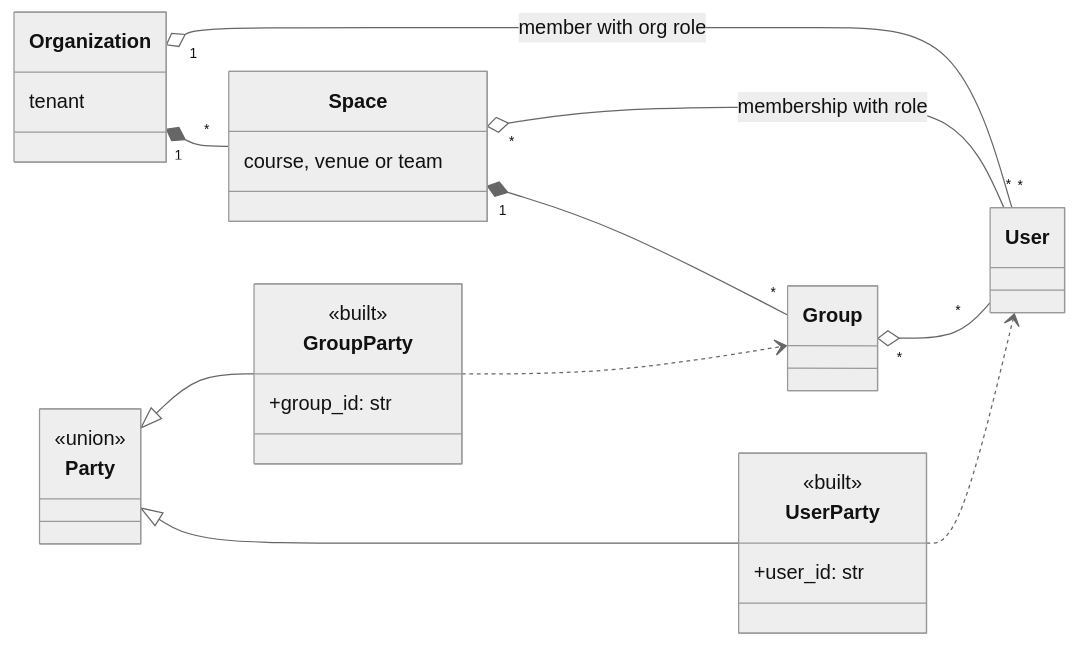
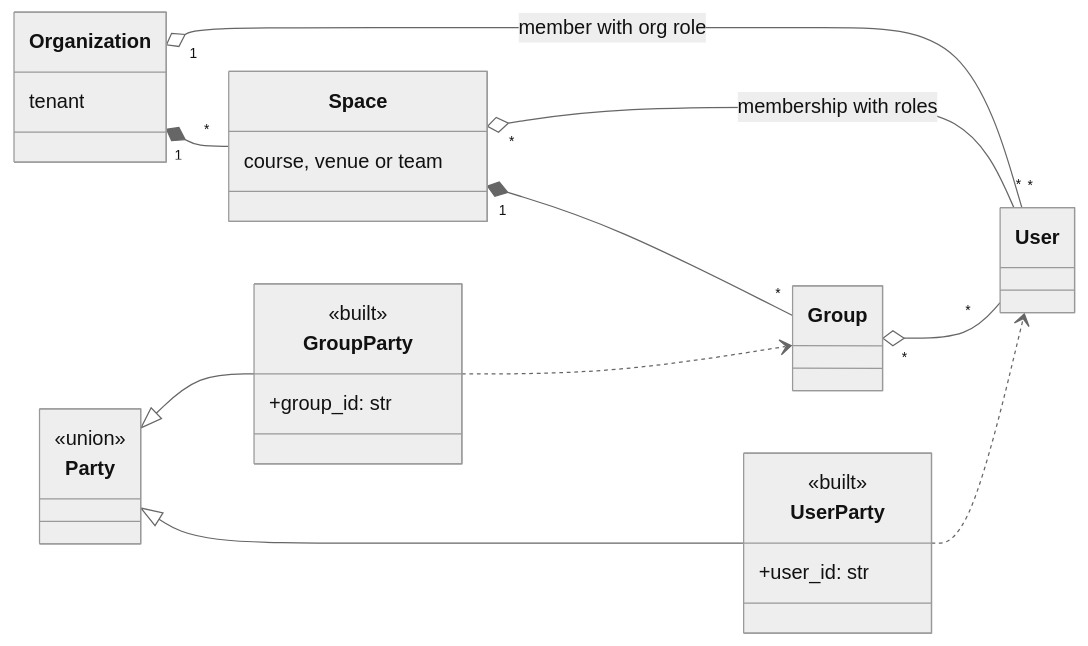
One commit to jaateixeira/prreview.it changed the first of 2 diagrams in docs/uml/domain-model.md. Above: the diagram before and after it, drawn with Mermaid (neutral theme). The commit also changed other lines of this file and 7 other files, not shown here.

````diff
--- a/docs/uml/domain-model.md
+++ b/docs/uml/domain-model.md
@@ -7,32 +7,32 @@
 ```mermaid
 classDiagram
     direction LR
     class Organization {
         tenant
     }
     class User
     class Space {
         course, venue or team
     }
     class Group
     class Party {
         <<union>>
     }
     class UserParty {
         <<built>>
         +user_id: str
     }
     class GroupParty {
         <<built>>
         +group_id: str
     }
     Organization "1" o-- "*" User : member with org role
     Organization "1" *-- "*" Space
-    Space "*" o-- "*" User : membership with role
+    Space "*" o-- "*" User : membership with roles
     Space "1" *-- "*" Group
     Group "*" o-- "*" User
     Party <|-- UserParty
     Party <|-- GroupParty
     UserParty ..> User
     GroupParty ..> Group
 ```
````
